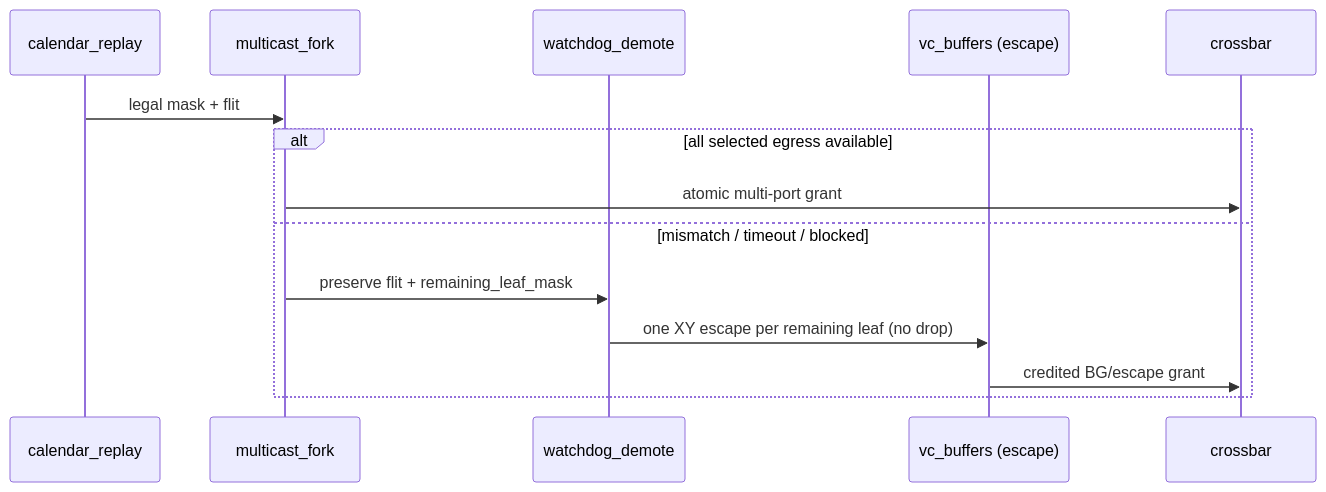
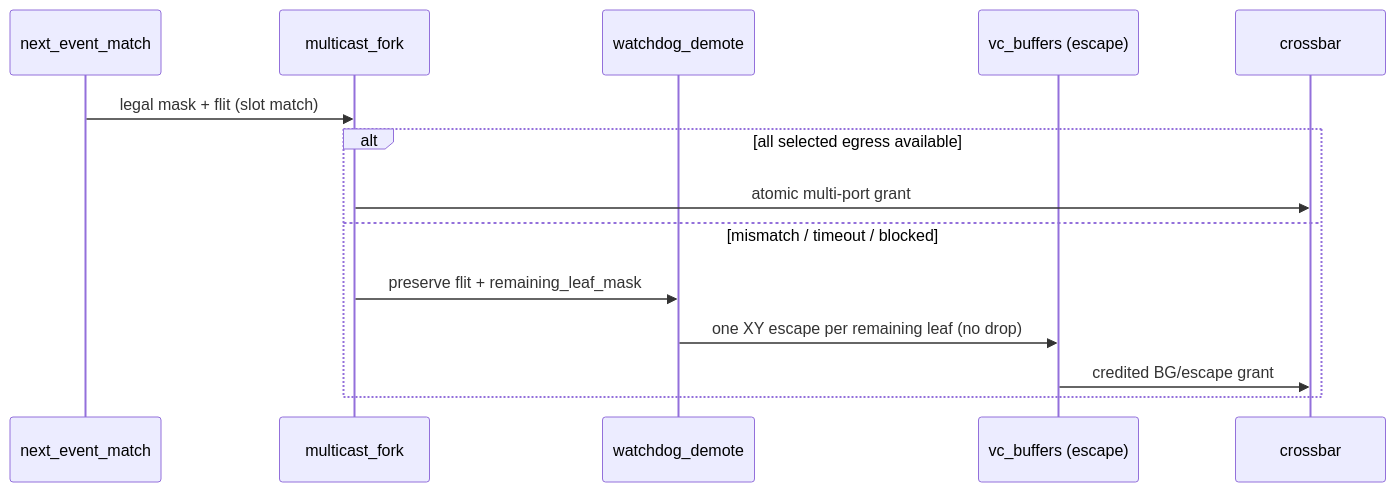
The fifth of 5 diagrams in docs/phase-2-architecture/architecture-diagram.md (lukebest/booksim2), drawn with Mermaid before and after one commit. The commit also changed other lines of this file and 30 other files, not shown here.

First line of the commit message:
dse: Trial 3 Arch-A3 SparseCal — sparse event calendar

````diff
--- a/docs/phase-2-architecture/architecture-diagram.md
+++ b/docs/phase-2-architecture/architecture-diagram.md
@@ -93,16 +118,16 @@
 ```mermaid
 sequenceDiagram
-  participant CR as calendar_replay
+  participant NE as next_event_match
   participant MF as multicast_fork
   participant WD as watchdog_demote
   participant VC as vc_buffers (escape)
   participant XB as crossbar
-  CR->>MF: legal mask + flit
+  NE->>MF: legal mask + flit (slot match)
   alt all selected egress available
     MF->>XB: atomic multi-port grant
   else mismatch / timeout / blocked
     MF->>WD: preserve flit + remaining_leaf_mask
     WD->>VC: one XY escape per remaining leaf (no drop)
     VC->>XB: credited BG/escape grant
   end
 ```
````
